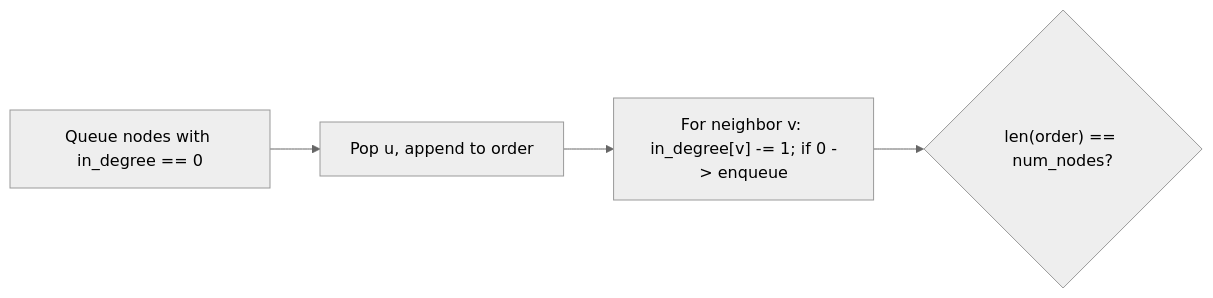
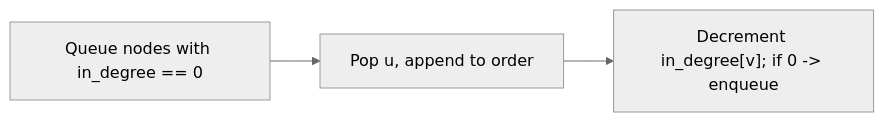
One commit to SanjayR857/All-in-One-Notes changed the diagram in grokking-coding-interview/18-topological-sort.md. Above: the diagram before and after it, drawn with Mermaid (neutral theme). The commit also changed other lines of this file and 22 other files, not shown here.

````diff
--- a/grokking-coding-interview/18-topological-sort.md
+++ b/grokking-coding-interview/18-topological-sort.md
@@ -20,6 +20,5 @@
 ```mermaid
 flowchart LR
     In0["Queue nodes with in_degree == 0"] --> Pop["Pop u, append to order"]
-    Pop --> Dec["For neighbor v: in_degree[v] -= 1; if 0 -> enqueue"]
-    Dec --> Cycle{"len(order) == num_nodes?"}
+    Pop --> Dec["Decrement in_degree[v]; if 0 -> enqueue"]
 ```
````
